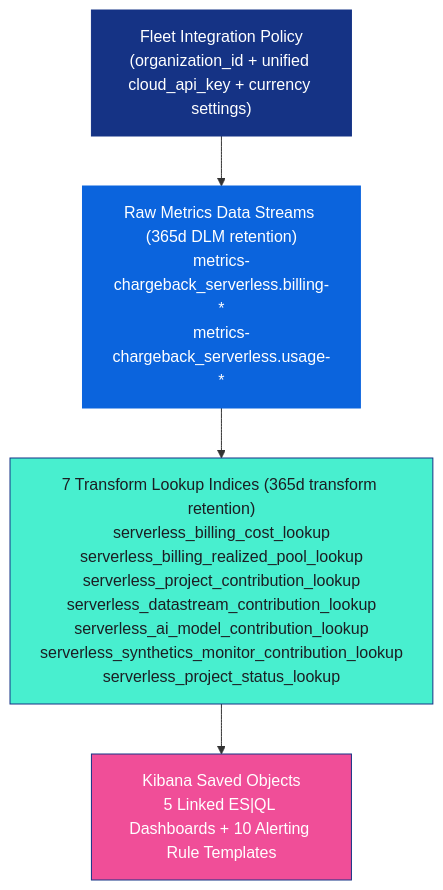
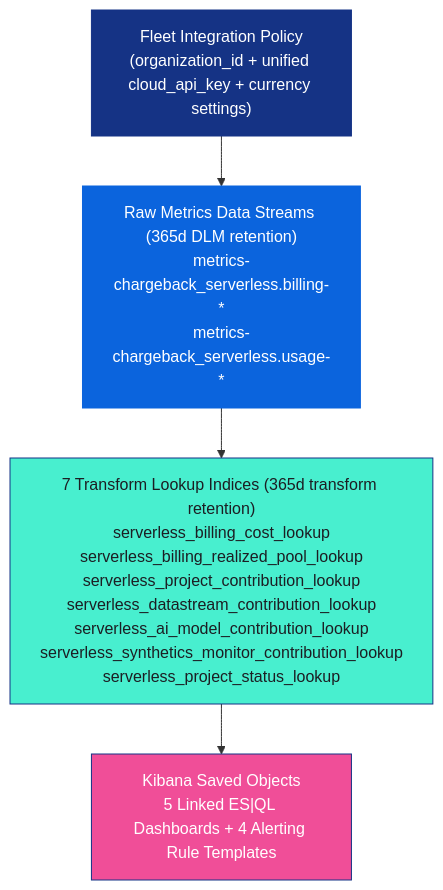
The diagram in integrations/chargeback-serverless/dashboards/DESIGN.md (elastic/elasticsearch-chargeback), drawn with Mermaid before and after one commit. The commit also changed 14 other files, not shown here.

Commit message:
chore(chargeback-serverless 0.4.1): fix alert ES|QL COALESCE typing, update lookup pipeline docs, and add Docker & Classic/Assets rule instructions

````diff
--- a/integrations/chargeback-serverless/dashboards/DESIGN.md
+++ b/integrations/chargeback-serverless/dashboards/DESIGN.md
@@ -9,16 +9,16 @@
 ```mermaid
 flowchart TD
     Policy["Fleet Integration Policy<br/>(organization_id + unified cloud_api_key + currency settings)"]:::navy
     Streams["Raw Metrics Data Streams (365d DLM retention)<br/>metrics-chargeback_serverless.billing-*<br/>metrics-chargeback_serverless.usage-*"]:::blue
     Lookups["7 Transform Lookup Indices (365d transform retention)<br/>serverless_billing_cost_lookup<br/>serverless_billing_realized_pool_lookup<br/>serverless_project_contribution_lookup<br/>serverless_datastream_contribution_lookup<br/>serverless_ai_model_contribution_lookup<br/>serverless_synthetics_monitor_contribution_lookup<br/>serverless_project_status_lookup"]:::mint
-    Assets["Kibana Saved Objects<br/>5 Linked ES|QL Dashboards + 10 Alerting Rule Templates"]:::pink
+    Assets["Kibana Saved Objects<br/>5 Linked ES|QL Dashboards + 4 Alerting Rule Templates"]:::pink
 
     Policy --> Streams --> Lookups
     Lookups --> Assets
 
     classDef navy fill:#153385,stroke:#153385,color:#FFFFFF
     classDef blue fill:#0B64DD,stroke:#0B64DD,color:#FFFFFF
     classDef mint fill:#48EFCF,stroke:#153385,color:#1C1E23
     classDef yellow fill:#FEC514,stroke:#153385,color:#1C1E23
     classDef pink fill:#F04E98,stroke:#153385,color:#FFFFFF
 ```
````
